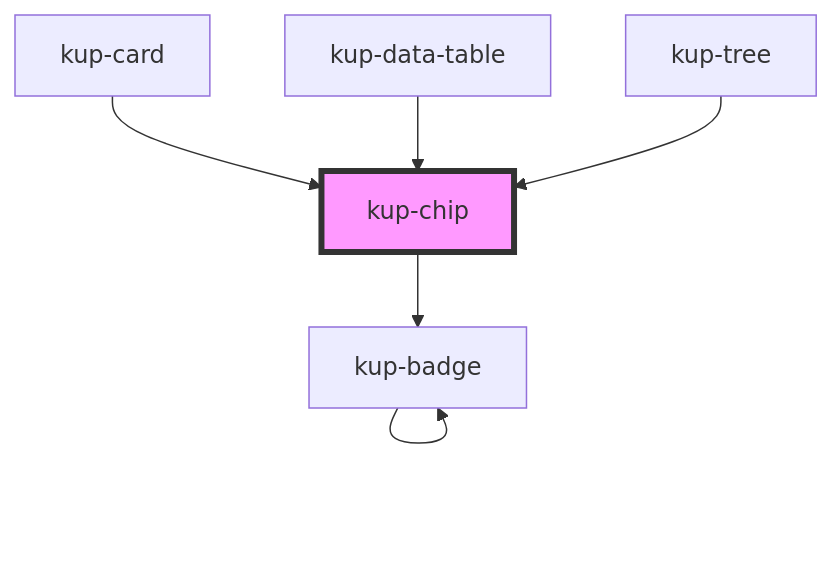
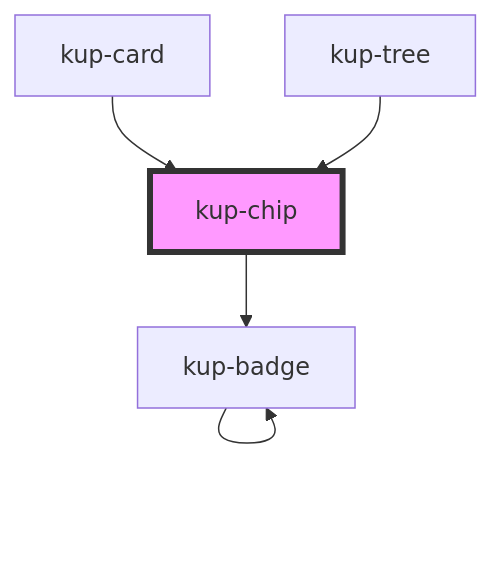
Before and after one commit to smeup/ketchup: the diagram in packages/ketchup/src/components/kup-chip/readme.md, drawn with Mermaid. The commit also changed other lines of this file and 6 other files, not shown here.

Commit message:
Removed kup-chip from data table.

````diff
--- a/packages/ketchup/src/components/kup-chip/readme.md
+++ b/packages/ketchup/src/components/kup-chip/readme.md
@@ -51,9 +50,8 @@
 ```mermaid
 graph TD;
   kup-chip --> kup-badge
   kup-badge --> kup-badge
   kup-card --> kup-chip
-  kup-data-table --> kup-chip
   kup-tree --> kup-chip
   style kup-chip fill:#f9f,stroke:#333,stroke-width:4px
 ```
````
